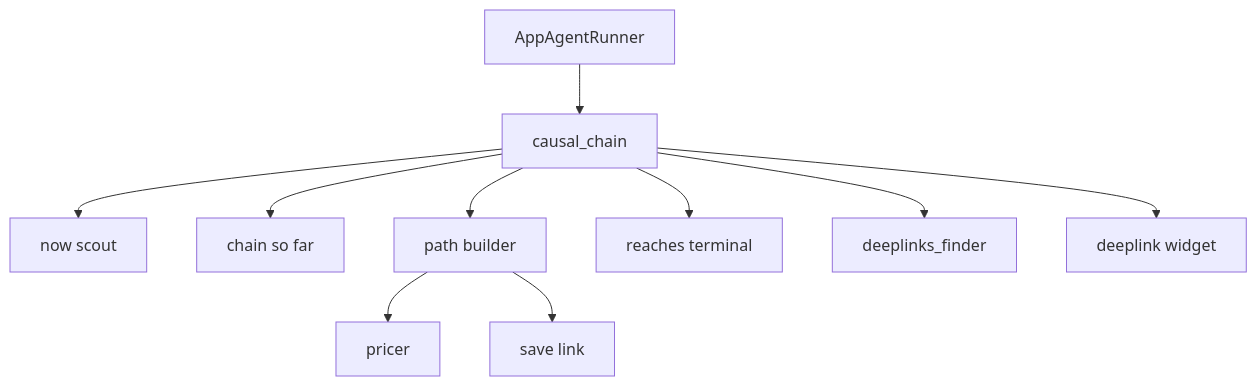
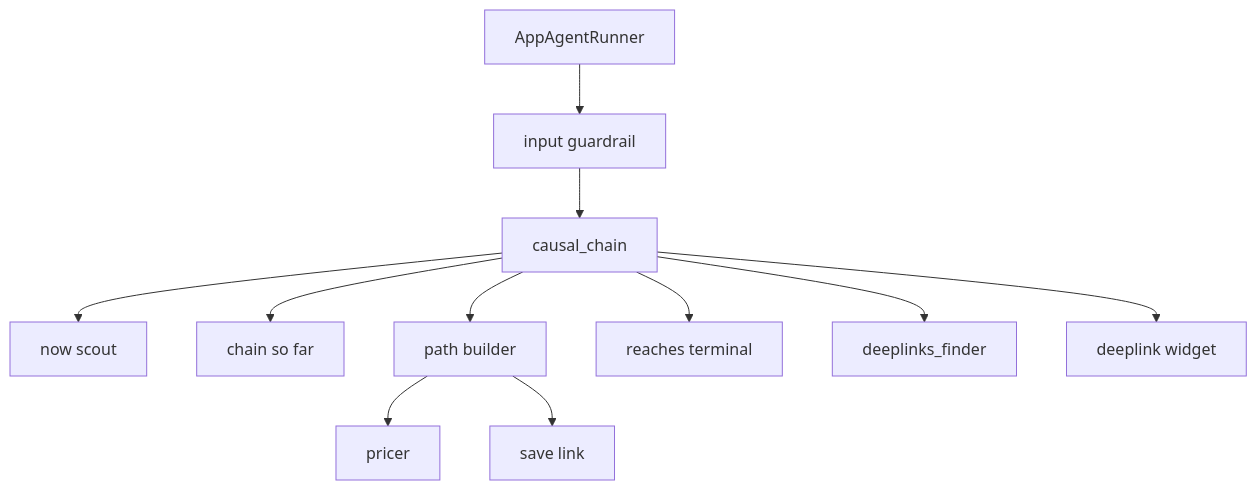
One commit to tcw165/cs_fundation changed the diagram in take_home/causal_chains/agents/agents/README.md. Above: the diagram before and after it, drawn with Mermaid. The commit also changed other lines of this file and 11 other files, not shown here.

Commit message:
[feat] add input guardrail agent

````diff
--- a/take_home/causal_chains/agents/agents/README.md
+++ b/take_home/causal_chains/agents/agents/README.md
@@ -5,22 +5,24 @@
 ```mermaid
 flowchart TD
   runner[AppAgentRunner]
+  guard[input guardrail]
   causal[causal_chain]
   scout[now scout]
   context[chain so far]
   builder[path builder]
   pricerNode[pricer]
   linkTool[save link]
   reaches[reaches terminal]
   finder[deeplinks_finder]
   widget[deeplink widget]
-  runner --> causal
+  runner --> guard
+  guard --> causal
   causal --> scout
   causal --> context
   causal --> builder
   causal --> reaches
   causal --> finder
   causal --> widget
   builder --> pricerNode
   builder --> linkTool
 ```
````
